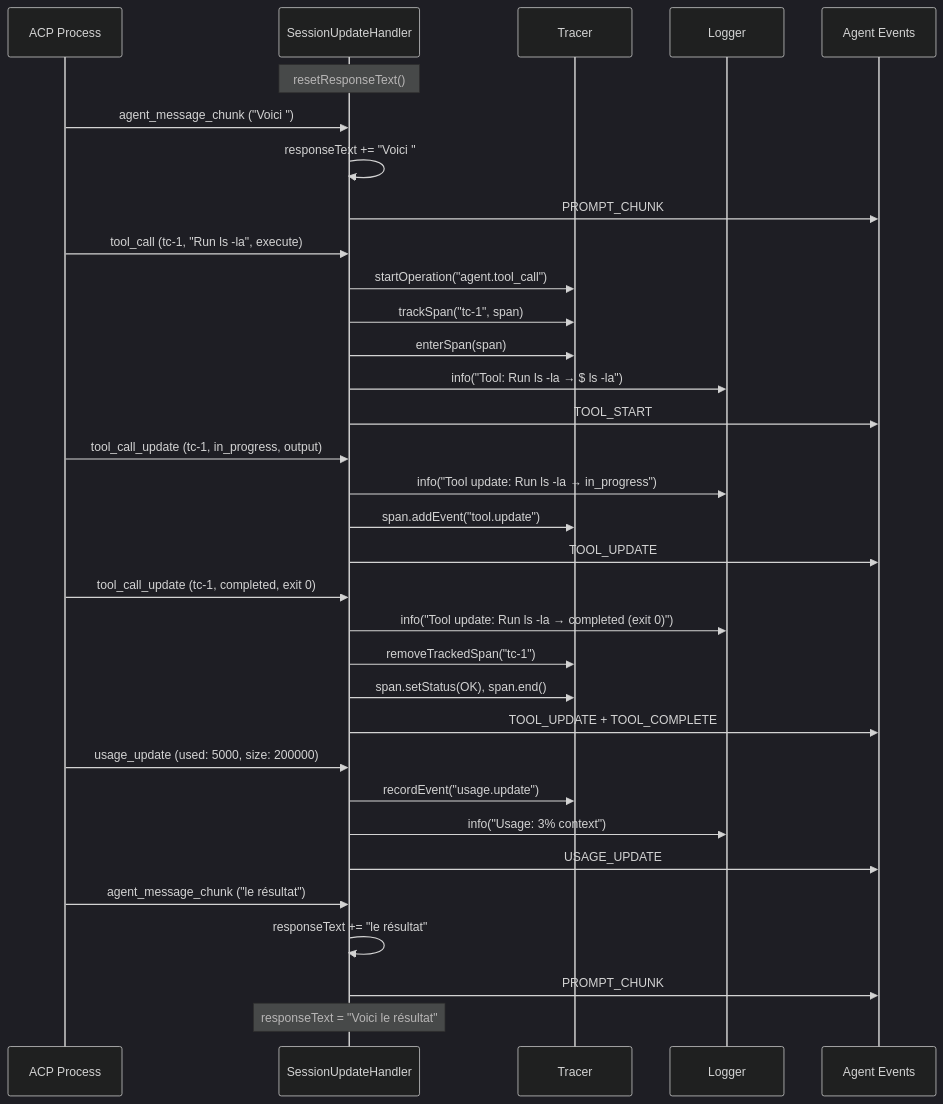
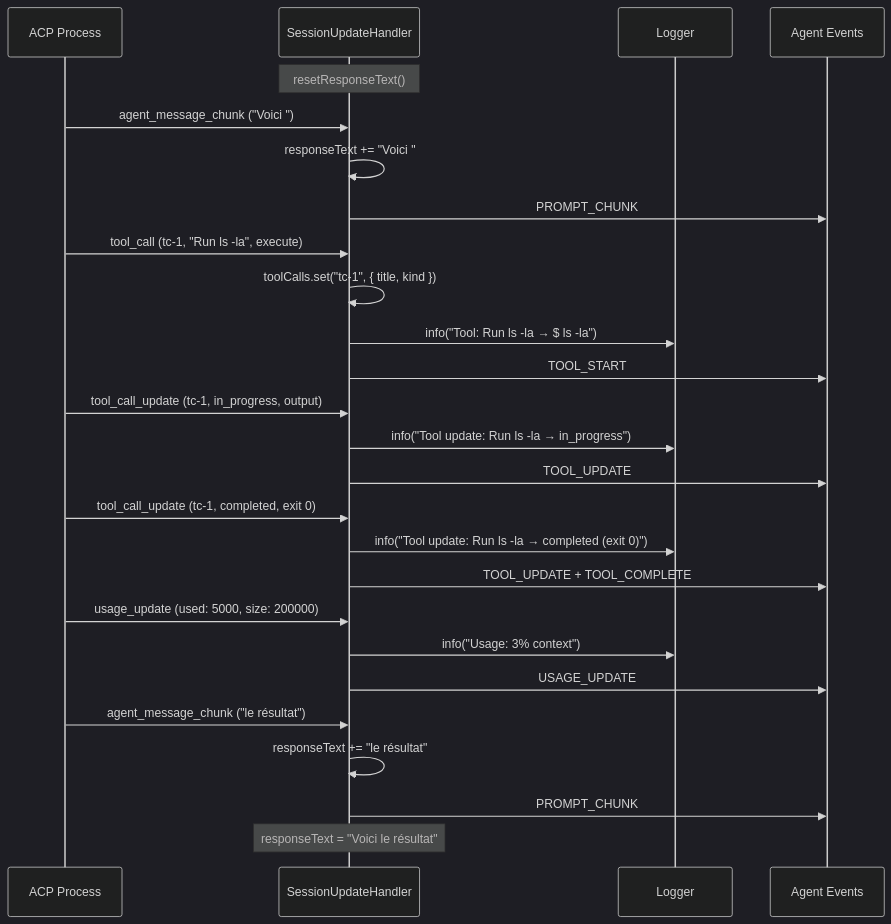
The sixth of 7 diagrams in docs/components/session-update-handler.md (atinseau/stark), drawn with Mermaid (dark theme) before and after one commit. The commit also changed other lines of this file and 13 other files, not shown here.

````diff
--- a/docs/components/session-update-handler.md
+++ b/docs/components/session-update-handler.md
@@ -614,43 +502,36 @@
 ```mermaid
 sequenceDiagram
     participant ACP as ACP Process
     participant SUH as SessionUpdateHandler
-    participant T as Tracer
     participant L as Logger
     participant A as Agent Events
 
     Note over SUH: resetResponseText()
 
     ACP->>SUH: agent_message_chunk ("Voici ")
     SUH->>SUH: responseText += "Voici "
     SUH->>A: PROMPT_CHUNK
 
     ACP->>SUH: tool_call (tc-1, "Run ls -la", execute)
-    SUH->>T: startOperation("agent.tool_call")
-    SUH->>T: trackSpan("tc-1", span)
-    SUH->>T: enterSpan(span)
+    SUH->>SUH: toolCalls.set("tc-1", { title, kind })
     SUH->>L: info("Tool: Run ls -la → $ ls -la")
     SUH->>A: TOOL_START
 
     ACP->>SUH: tool_call_update (tc-1, in_progress, output)
     SUH->>L: info("Tool update: Run ls -la → in_progress")
-    SUH->>T: span.addEvent("tool.update")
     SUH->>A: TOOL_UPDATE
 
     ACP->>SUH: tool_call_update (tc-1, completed, exit 0)
     SUH->>L: info("Tool update: Run ls -la → completed (exit 0)")
-    SUH->>T: removeTrackedSpan("tc-1")
-    SUH->>T: span.setStatus(OK), span.end()
     SUH->>A: TOOL_UPDATE + TOOL_COMPLETE
 
     ACP->>SUH: usage_update (used: 5000, size: 200000)
-    SUH->>T: recordEvent("usage.update")
     SUH->>L: info("Usage: 3% context")
     SUH->>A: USAGE_UPDATE
 
     ACP->>SUH: agent_message_chunk ("le résultat")
     SUH->>SUH: responseText += "le résultat"
     SUH->>A: PROMPT_CHUNK
 
     Note over SUH: responseText = "Voici le résultat"
 ```
````
